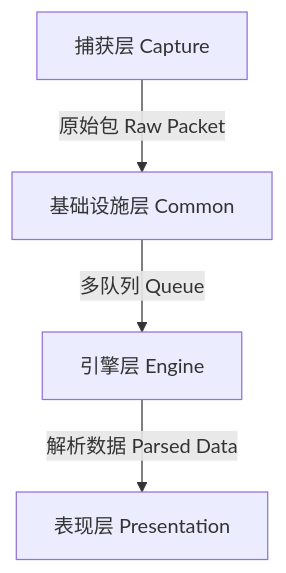
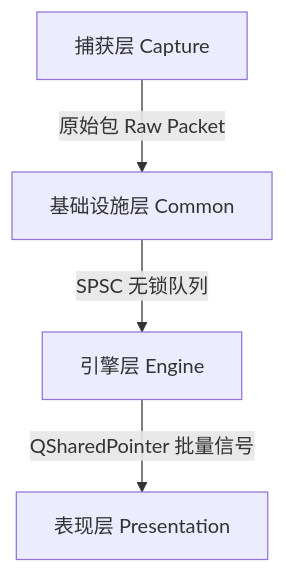
The diagram in README.md (qizhi125/Sentinel-Flow), drawn with Mermaid before and after one commit. The commit also changed other lines of this file and 59 other files, not shown here.

````diff
--- a/README.md
+++ b/README.md
@@ -11,6 +13,6 @@
 ```mermaid
 graph TD
-    Capture[捕获层 Capture] -->|原始包 Raw Packet| Common[基础设施层 Common]
-    Common -->|多队列 Queue| Engine[引擎层 Engine]
-    Engine -->|解析数据 Parsed Data| UI[表现层 Presentation]
+    Capture[捕获层 Capture] -->|"原始包 Raw Packet"| Common[基础设施层 Common]
+    Common -->|"SPSC 无锁队列"| Engine[引擎层 Engine]
+    Engine -->|"QSharedPointer 批量信号"| UI[表现层 Presentation]
 ```
````
